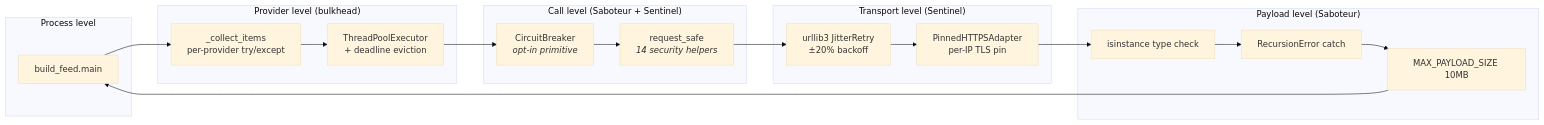
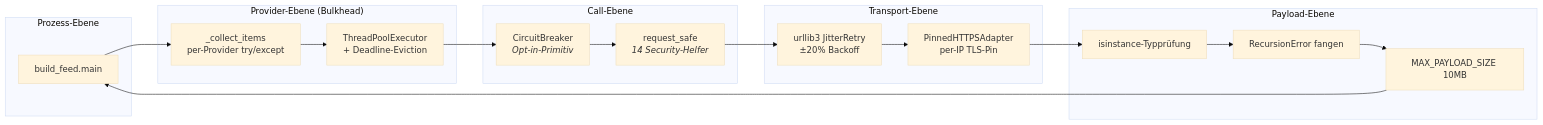
One commit to Origamihase/wien-oepnv changed the third of 6 diagrams in docs/architecture.md. Above: the diagram before and after it, drawn with Mermaid (base theme). The commit also changed other lines of this file and 3 other files, not shown here.

````diff
--- a/docs/architecture.md
+++ b/docs/architecture.md
@@ -183,34 +187,34 @@
 ```mermaid
 flowchart LR
-    subgraph "Process level"
+    subgraph "Prozess-Ebene"
         A[build_feed.main]
     end
-    subgraph "Provider level (bulkhead)"
-        B[_collect_items<br/>per-provider try/except]
-        C[ThreadPoolExecutor<br/>+ deadline eviction]
+    subgraph "Provider-Ebene (Bulkhead)"
+        B[_collect_items<br/>per-Provider try/except]
+        C[ThreadPoolExecutor<br/>+ Deadline-Eviction]
     end
-    subgraph "Call level (Saboteur + Sentinel)"
-        D[CircuitBreaker<br/><i>opt-in primitive</i>]
-        E[request_safe<br/><i>14 security helpers</i>]
+    subgraph "Call-Ebene"
+        D[CircuitBreaker<br/><i>Opt-in-Primitiv</i>]
+        E[request_safe<br/><i>14 Security-Helfer</i>]
     end
-    subgraph "Transport level (Sentinel)"
-        F[urllib3 JitterRetry<br/>±20% backoff]
-        G[PinnedHTTPSAdapter<br/>per-IP TLS pin]
+    subgraph "Transport-Ebene"
+        F[urllib3 JitterRetry<br/>±20% Backoff]
+        G[PinnedHTTPSAdapter<br/>per-IP TLS-Pin]
     end
-    subgraph "Payload level (Saboteur)"
-        H[isinstance type check]
-        I[RecursionError catch]
+    subgraph "Payload-Ebene"
+        H[isinstance-Typprüfung]
+        I[RecursionError fangen]
         J[MAX_PAYLOAD_SIZE 10MB]
     end
 
     A --> B
     B --> C
     C --> D
     D --> E
     E --> F
     F --> G
     G --> H
     H --> I
     I --> J
     J --> A
 ```
````
